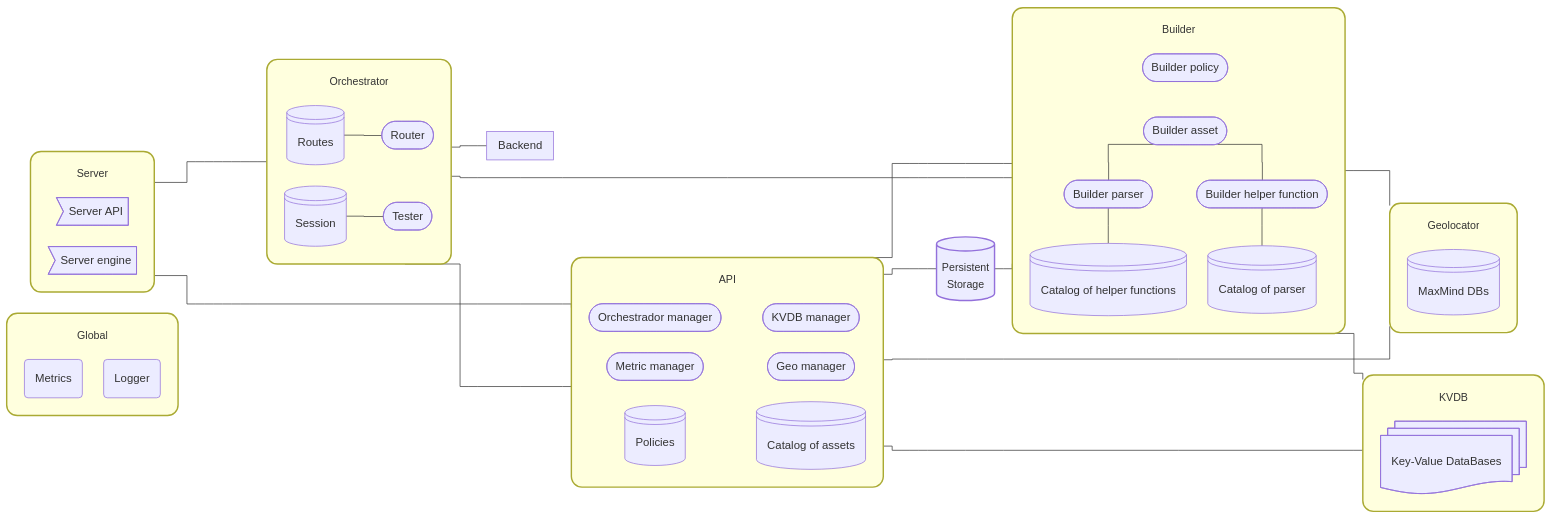
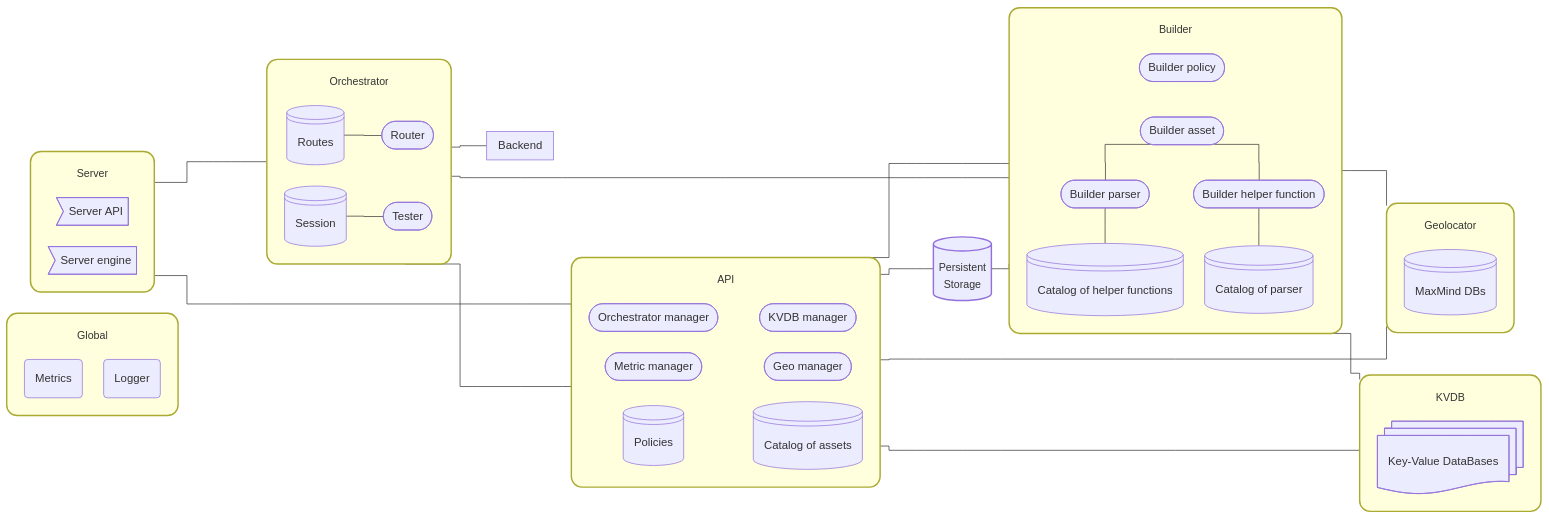
Before and after one commit to wazuh/wazuh: the diagram in ref/modules/engine/architecture.md, drawn with Mermaid. The commit also changed other lines of this file and 2 other files, not shown here.

````diff
--- a/ref/modules/engine/architecture.md
+++ b/ref/modules/engine/architecture.md
@@ -20,15 +19,13 @@
 classDef SubmoduleClass font-size:15px,stroke-width:2px,stroke-dasharray:10px,rx:15,ry:15
 classDef ModuleClass  font-size:15px,stroke-width:2px,rx:15,ry:15
 
-
 %% ----------------------------------
 %%                  API
 %% ----------------------------------
 
-
 subgraph apiModule["API"]
    direction LR
-   api_orchestrator@{ shape: stadium, label: "Orchestrador manager" }
+   api_orchestrator@{ shape: stadium, label: "Orchestrator manager" }
    api_kvdb@{ shape: stadium, label: "KVDB manager" }
    api_metrics@{ shape: stadium, label: "Metric manager" }
    api_geo@{ shape: stadium, label: "Geo manager" }
@@ -59,7 +56,6 @@
 end
 kvdbModule:::ModuleClass
 
-
 %% ----------------------------------
 %%              Global module
 %% ----------------------------------
@@ -68,7 +64,6 @@
     global_logger("Logger")
 end
 globalModule:::ModuleClass
-
 
 %% ----------------------------------
 %%                  Server
@@ -80,7 +75,6 @@
    server_engine>Server engine]
 end
 serverModule:::ModuleClass
-
 
 %% ----------------------------------
 %%           Storage
@@ -97,8 +91,7 @@
  builder_parser@{ shape: stadium, label: "Builder parser" }
  builder_hp@{ shape: stadium, label: "Builder helper function" }
 
-builder_policy ~~~ builder_asset --- builder_parser & builder_hp
-
+ builder_policy ~~~ builder_asset --- builder_parser & builder_hp
  builder_parser --- builder_catalog_hf@{ shape: disk, label: "Catalog of helper functions" }
  builder_hp --- builder_catalog_parser@{ shape: disk, label: "Catalog of parser" }
 
@@ -126,9 +119,8 @@
 %% ----------------------------------
 %%           Modules conexion
 %% ----------------------------------
-%%% orchestratorModule --- builderModule
 serverModule ------- orchestratorModule & apiModule
-orchestratorModule:::ModuleClass ---- backendModule
+orchestratorModule ---- backendModule
 builderModule & apiModule --- geoModule & kvdbModule
 apiModule --- storageModule
 
@@ -138,5 +130,4 @@
 orchestratorModule ----- apiModule
 storageModule --- builderModule
 
-
 ```
````
